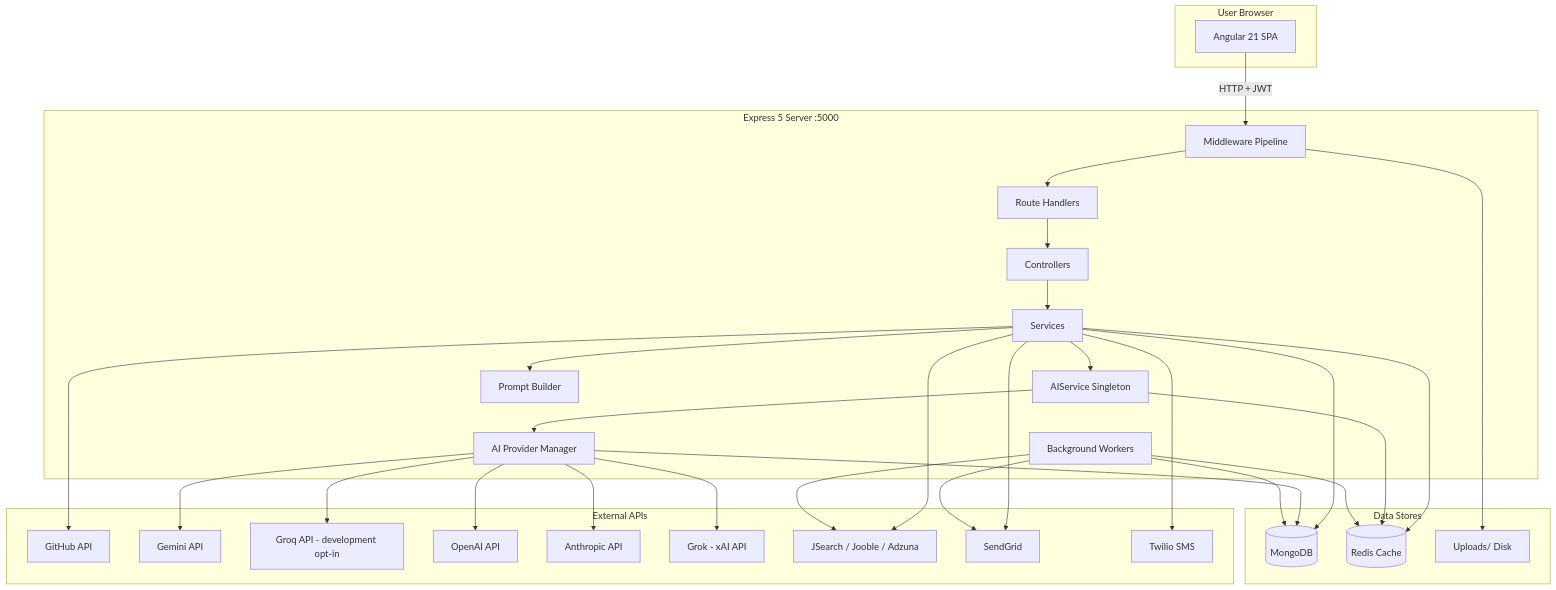
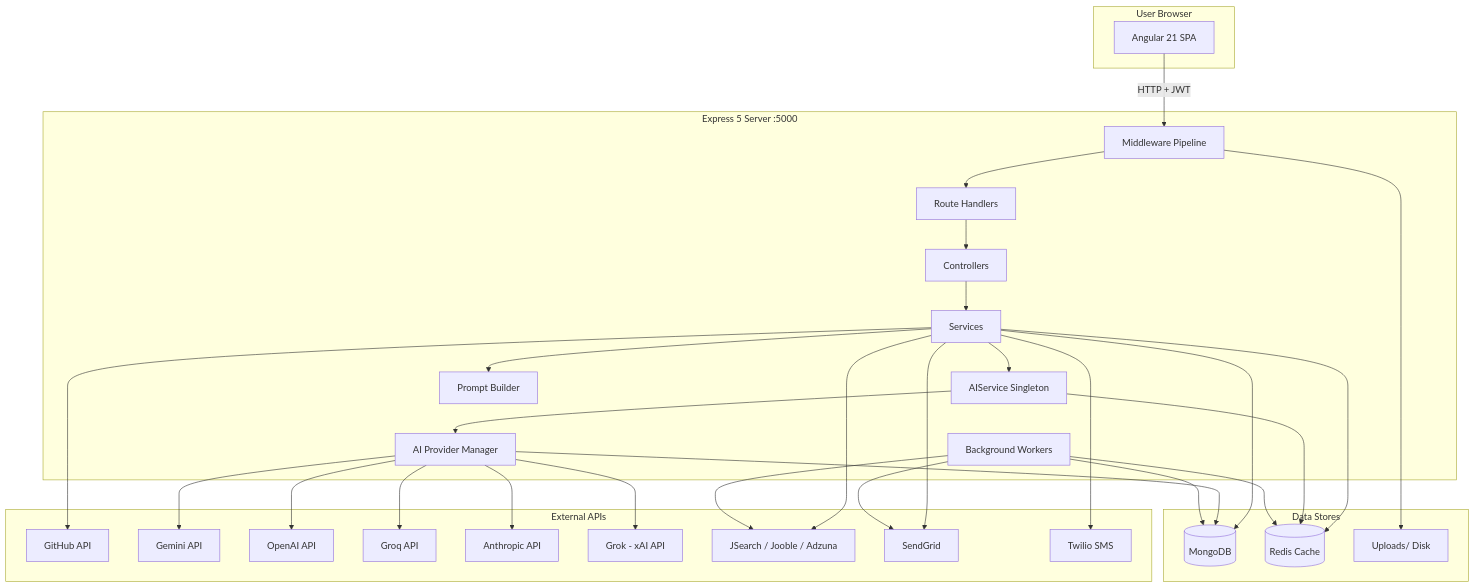
One commit to AhmadDhariwal/Developer-Portfolio-Analyzer changed the first of 2 diagrams in docs/ARCHITECTURE.md. Above: the diagram before and after it, drawn with Mermaid. The commit also changed other lines of this file and 52 other files, not shown here.

````diff
--- a/docs/ARCHITECTURE.md
+++ b/docs/ARCHITECTURE.md
@@ -5,61 +5,61 @@
 ```mermaid
 graph TB
     subgraph Browser["User Browser"]
         NG[Angular 21 SPA]
     end
 
     subgraph Express["Express 5 Server :5000"]
         MID[Middleware Pipeline]
         RTR[Route Handlers]
         CTL[Controllers]
         SVC[Services]
         AI[AIService Singleton]
         AIPM[AI Provider Manager]
         PB[Prompt Builder]
         WKR[Background Workers]
     end
 
     subgraph Storage["Data Stores"]
         MONGO[(MongoDB)]
         REDIS[(Redis Cache)]
         DISK[Uploads/ Disk]
     end
 
     subgraph External["External APIs"]
         GH[GitHub API]
         GEM[Gemini API]
-        GROQ[Groq API - development opt-in]
         OAI[OpenAI API]
+        GROQ[Groq API]
         ANT[Anthropic API]
         XAI[Grok - xAI API]
         JOB[JSearch / Jooble / Adzuna]
         SG[SendGrid]
         TW[Twilio SMS]
     end
 
     NG -->|HTTP + JWT| MID
     MID --> RTR
     RTR --> CTL
     CTL --> SVC
     SVC --> AI
     SVC --> PB
     AI --> AIPM
     SVC --> MONGO
     SVC --> REDIS
     SVC --> GH
     SVC --> JOB
     SVC --> SG
     SVC --> TW
+    AIPM --> OAI
     AIPM --> GROQ
-    AIPM --> OAI
     AIPM --> GEM
     AIPM --> ANT
     AIPM --> XAI
     AIPM --> MONGO
     AI --> REDIS
     MID --> DISK
     WKR --> MONGO
     WKR --> REDIS
     WKR --> SG
     WKR --> JOB
 ```
````
